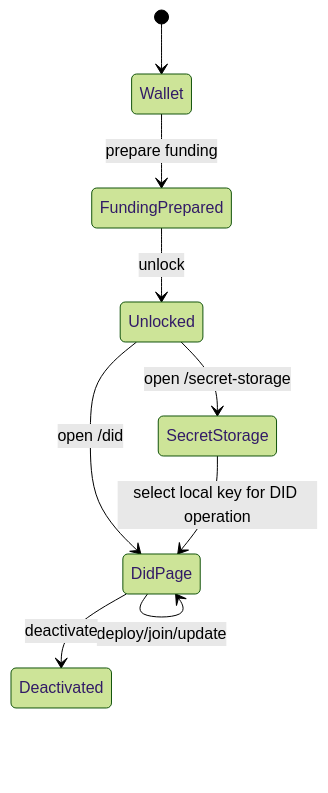
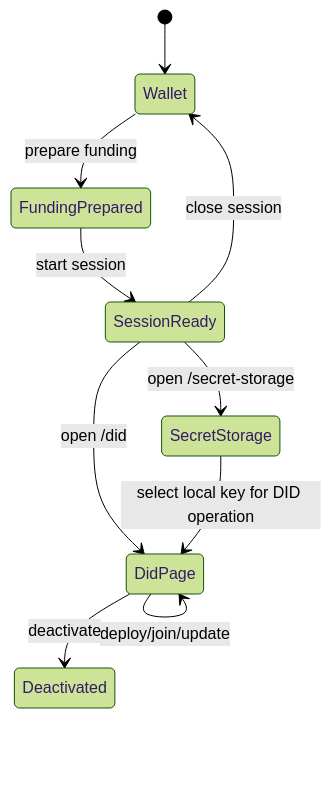
The diagram in docs-site/services/did-manager-service.md (midnightntwrk/midnight-did), drawn with Mermaid (forest theme) before and after one commit. The commit also changed other lines of this file and 20 other files, not shown here.

First line of the commit message:
feat(manager): adopt start/close session model and harden runtime

````diff
--- a/docs-site/services/did-manager-service.md
+++ b/docs-site/services/did-manager-service.md
@@ -30,11 +31,12 @@
 ```mermaid
 stateDiagram-v2
   [*] --> Wallet
   Wallet --> FundingPrepared : prepare funding
-  FundingPrepared --> Unlocked : unlock
-  Unlocked --> SecretStorage : open /secret-storage
-  Unlocked --> DidPage : open /did
+  FundingPrepared --> SessionReady : start session
+  SessionReady --> Wallet : close session
+  SessionReady --> SecretStorage : open /secret-storage
+  SessionReady --> DidPage : open /did
   SecretStorage --> DidPage : select local key for DID operation
   DidPage --> DidPage : deploy/join/update
   DidPage --> Deactivated : deactivate
 ```
````
